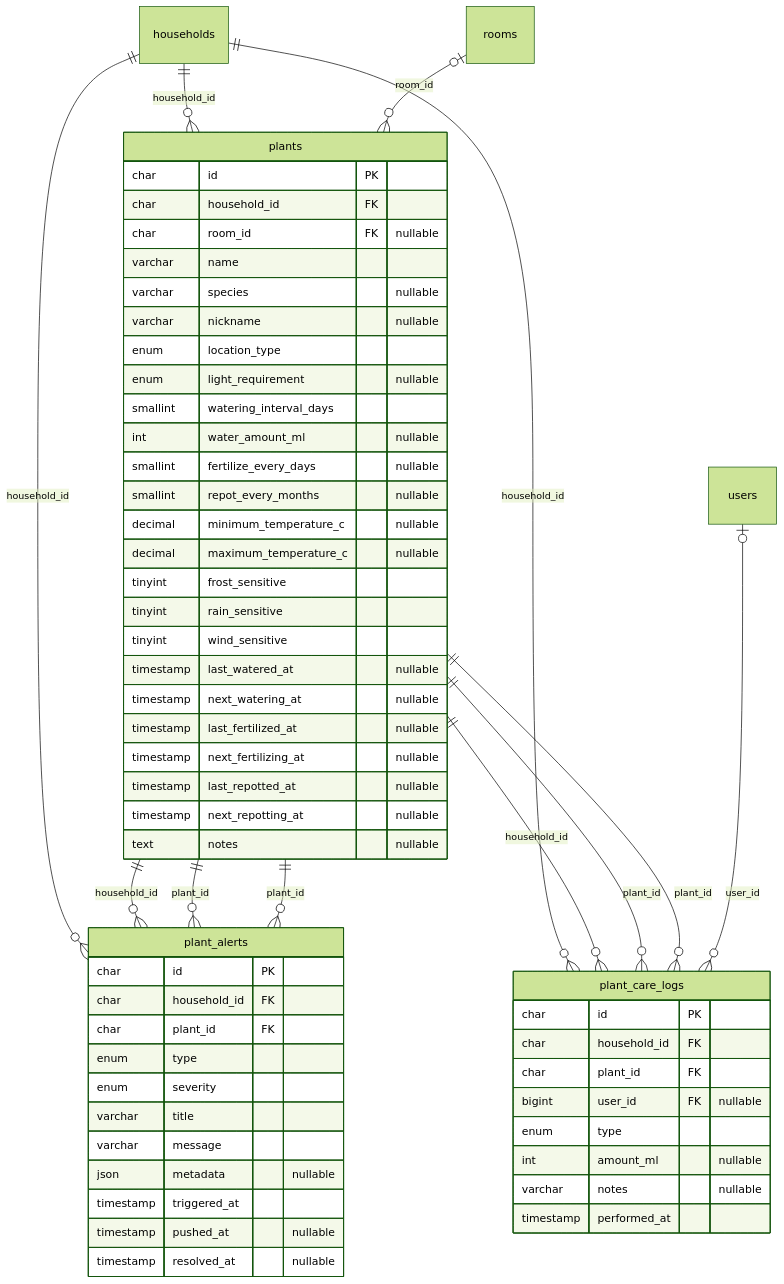
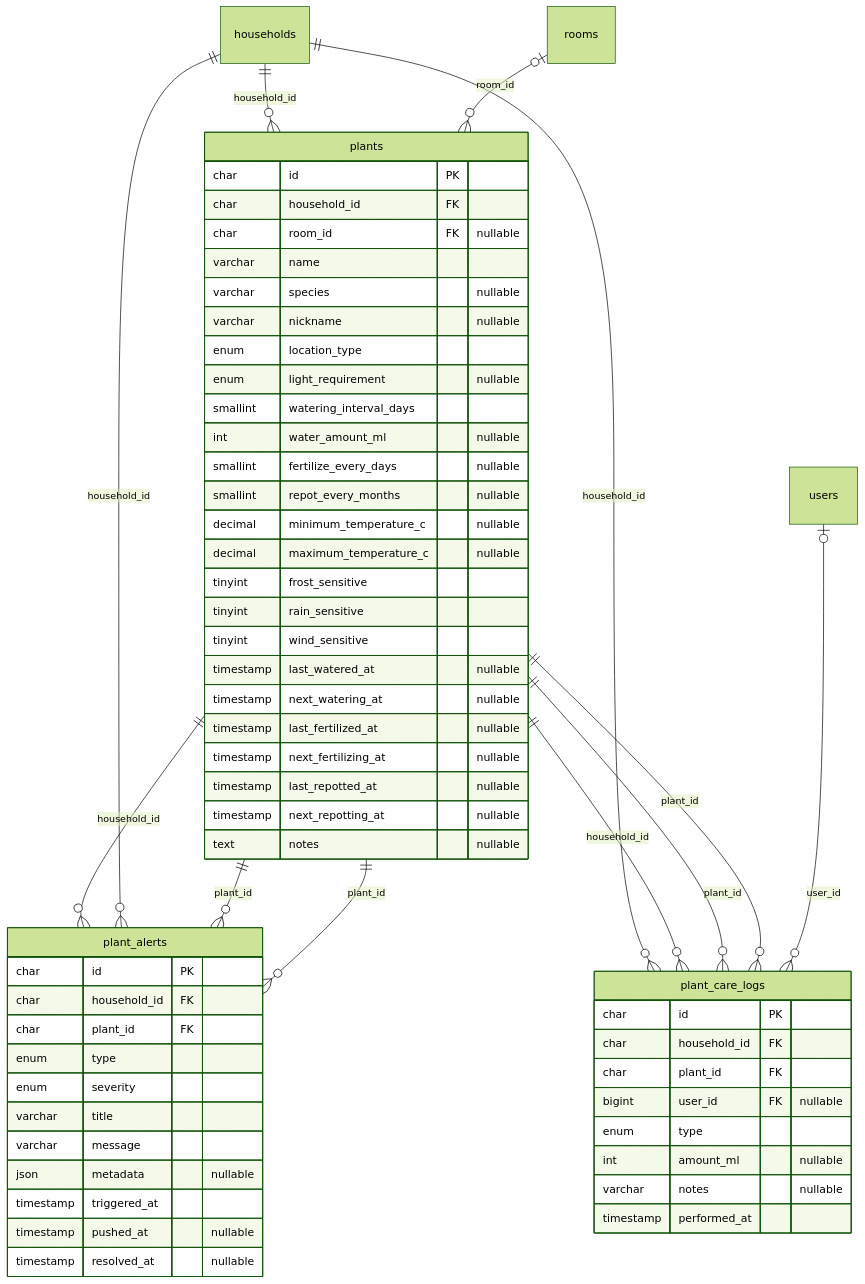
One commit to kgiannopoulou/home-helper-api changed the sixth of 11 diagrams in docs/database.md. Above: the diagram before and after it, drawn with Mermaid (forest theme). The commit also changed other lines of this file and 10 other files, not shown here.

````diff
--- a/docs/database.md
+++ b/docs/database.md
@@ -299,63 +300,63 @@
 ```mermaid
 erDiagram
     plants {
         char id PK
         char household_id FK
         char room_id FK "nullable"
         varchar name
         varchar species "nullable"
         varchar nickname "nullable"
         enum location_type
         enum light_requirement "nullable"
         smallint watering_interval_days
         int water_amount_ml "nullable"
         smallint fertilize_every_days "nullable"
         smallint repot_every_months "nullable"
         decimal minimum_temperature_c "nullable"
         decimal maximum_temperature_c "nullable"
         tinyint frost_sensitive
         tinyint rain_sensitive
         tinyint wind_sensitive
         timestamp last_watered_at "nullable"
         timestamp next_watering_at "nullable"
         timestamp last_fertilized_at "nullable"
         timestamp next_fertilizing_at "nullable"
         timestamp last_repotted_at "nullable"
         timestamp next_repotting_at "nullable"
         text notes "nullable"
     }
     plant_care_logs {
         char id PK
         char household_id FK
         char plant_id FK
         bigint user_id FK "nullable"
         enum type
         int amount_ml "nullable"
         varchar notes "nullable"
         timestamp performed_at
     }
     plant_alerts {
         char id PK
         char household_id FK
         char plant_id FK
         enum type
         enum severity
         varchar title
         varchar message
         json metadata "nullable"
         timestamp triggered_at
         timestamp pushed_at "nullable"
         timestamp resolved_at "nullable"
     }
+    plants ||--o{ plant_alerts : "household_id"
     households ||--o{ plant_alerts : "household_id"
-    plants ||--o{ plant_alerts : "household_id"
     plants ||--o{ plant_alerts : "plant_id"
     plants ||--o{ plant_alerts : "plant_id"
     households ||--o{ plant_care_logs : "household_id"
     plants ||--o{ plant_care_logs : "household_id"
     plants ||--o{ plant_care_logs : "plant_id"
     plants ||--o{ plant_care_logs : "plant_id"
     users |o--o{ plant_care_logs : "user_id"
     households ||--o{ plants : "household_id"
     rooms |o--o{ plants : "room_id"
 ```
````
